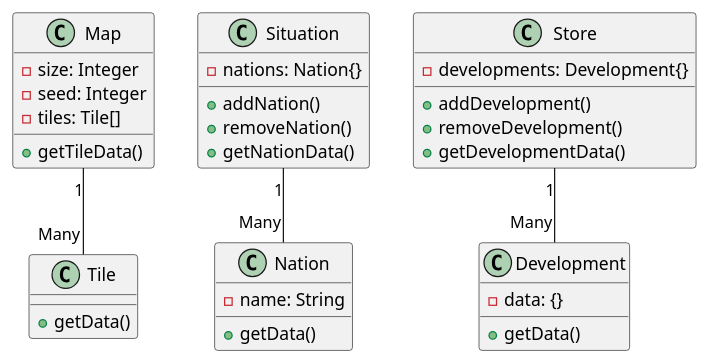
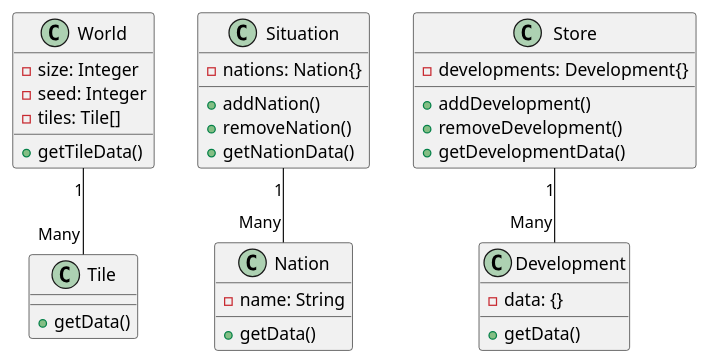
Before and after one commit to ramon54321/Nations: the diagram in Server/doc/main.wsd, drawn with PlantUML. The commit also changed 10 other files, not shown here.

```diff
--- a/Server/doc/main.wsd
+++ b/Server/doc/main.wsd
@@ -1,44 +1,44 @@
 @startuml
 
-class Map {
+class World {
   -size: Integer
   -seed: Integer
   -tiles: Tile[]
 
   +getTileData()
 }
-Map "1" -- "Many" Tile
+World "1" -- "Many" Tile
 
 class Tile {
   +getData()
 }
 
 class Situation {
   -nations: Nation{}
 
   +addNation()
   +removeNation()
   +getNationData()
 }
 Situation "1" -- "Many" Nation
 
 class Nation {
   -name: String
   +getData()
 }
 
 class Store {
   -developments: Development{}
 
   +addDevelopment()
   +removeDevelopment()
   +getDevelopmentData()
 }
 Store "1" -- "Many" Development
 
 class Development {
   -data: {}
   +getData()
 }
 
 @enduml
```
